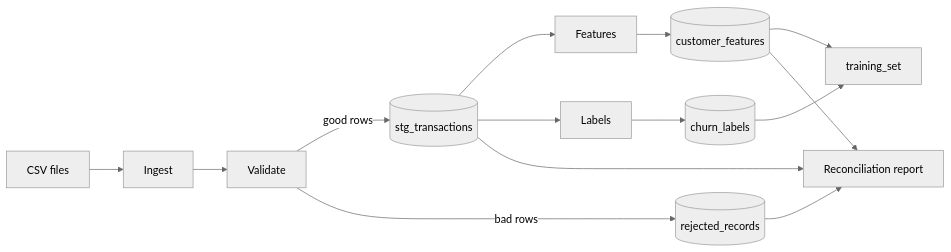
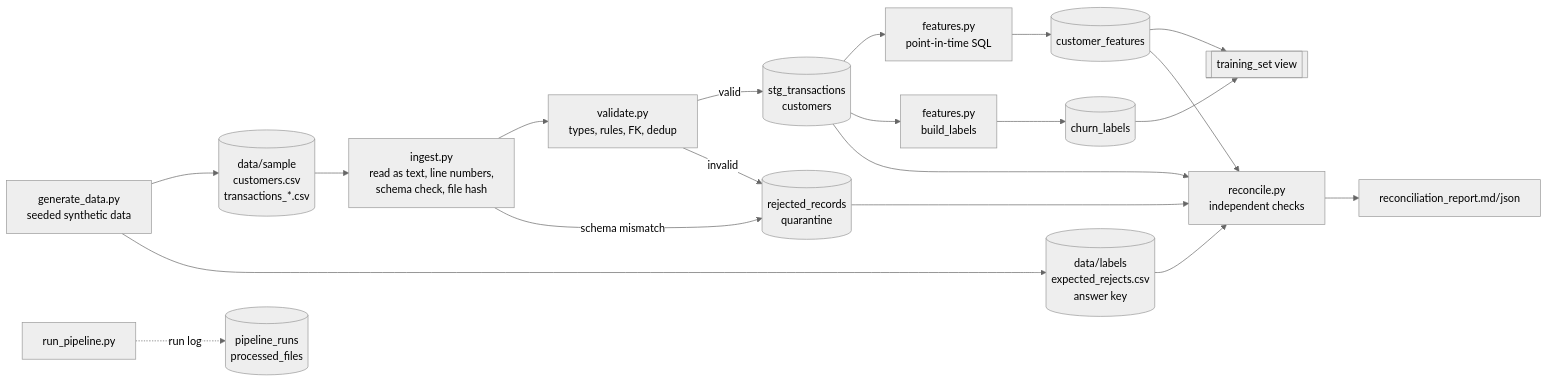
Before and after one commit to Precipitation-Rain/Yottaflex-72-Hrs-Challenge: the diagram in README.md, drawn with Mermaid (neutral theme). The commit also changed other lines of this file, not shown here.

````diff
--- a/README.md
+++ b/README.md
@@ -75,13 +97,20 @@
 ```mermaid
 flowchart LR
-    A[CSV files] --> B[Ingest]
-    B --> C[Validate]
-    C -->|good rows| D[(stg_transactions)]
-    C -->|bad rows| E[(rejected_records)]
-    D --> F[Features]
-    D --> G[Labels]
-    F --> H[(customer_features)]
-    G --> I[(churn_labels)]
-    H & I --> J[training_set]
-    D & H & E --> K[Reconciliation report]
+    G[generate_data.py<br/>seeded synthetic data] --> S[(data/sample<br/>customers.csv<br/>transactions_*.csv)]
+    G --> K[(data/labels<br/>expected_rejects.csv<br/>answer key)]
+    S --> I[ingest.py<br/>read as text, line numbers,<br/>schema check, file hash]
+    I --> V[validate.py<br/>types, rules, FK, dedup]
+    V -->|valid| STG[(stg_transactions<br/>customers)]
+    V -->|invalid| REJ[(rejected_records<br/>quarantine)]
+    I -->|schema mismatch| REJ
+    STG --> F[features.py<br/>point-in-time SQL]
+    F --> CF[(customer_features)]
+    STG --> L[features.py<br/>build_labels]
+    L --> CL[(churn_labels)]
+    CF --> TS[[training_set view]]
+    CL --> TS
+    STG & CF & REJ --> R[reconcile.py<br/>independent checks]
+    K --> R
+    R --> RPT[reconciliation_report.md/json]
+    RUN[run_pipeline.py] -. run log .-> PR[(pipeline_runs<br/>processed_files)]
 ```
````
